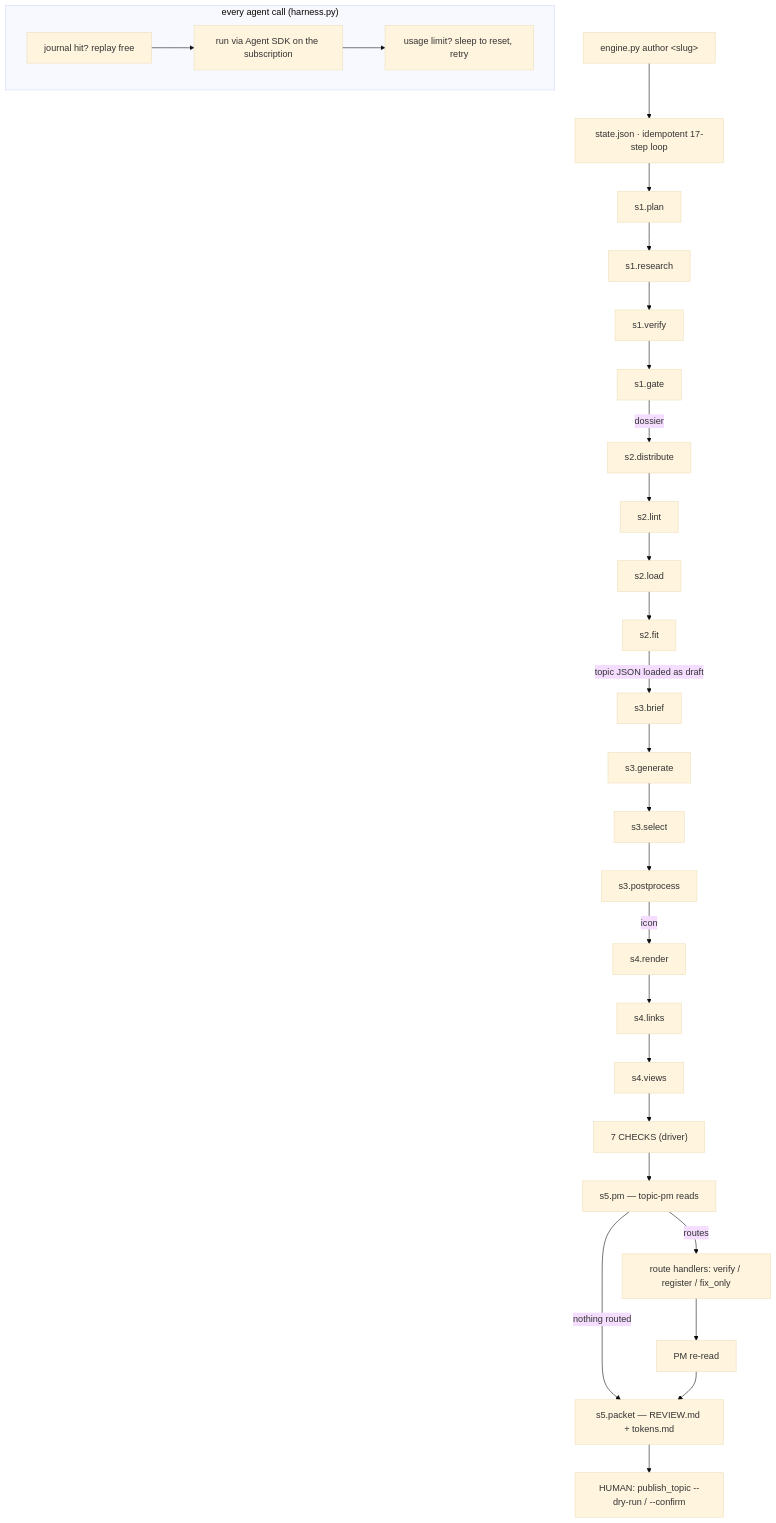
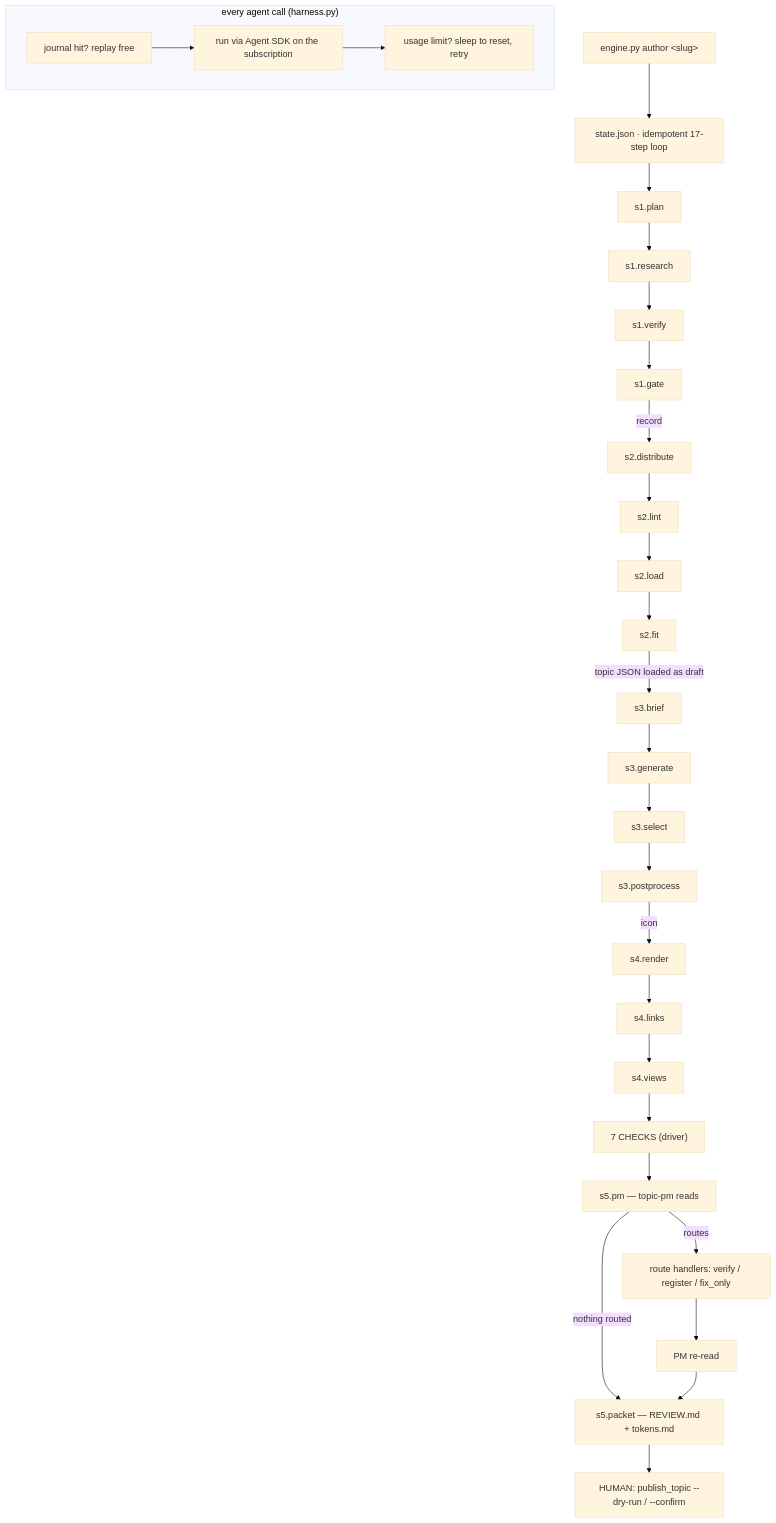
Before and after one commit to Ideya-AI/Ideya: the diagram in research/engine/FLOW.md, drawn with Mermaid (base theme). The commit also changed other lines of this file and 201 other files, not shown here.

````diff
--- a/research/engine/FLOW.md
+++ b/research/engine/FLOW.md
@@ -9,16 +9,16 @@
 ```mermaid
 flowchart TD
   CMD["engine.py author &lt;slug&gt;"] --> ST["state.json · idempotent 17-step loop"]
   ST --> S1P["s1.plan"] --> S1R["s1.research"] --> S1V["s1.verify"] --> S1G["s1.gate"]
-  S1G -->|dossier| S2D["s2.distribute"] --> S2L["s2.lint"] --> S2LD["s2.load"] --> S2F["s2.fit"]
+  S1G -->|record| S2D["s2.distribute"] --> S2L["s2.lint"] --> S2LD["s2.load"] --> S2F["s2.fit"]
   S2F -->|topic JSON loaded as draft| S3B["s3.brief"] --> S3G["s3.generate"] --> S3S["s3.select"] --> S3P["s3.postprocess"]
   S3P -->|icon| S4R["s4.render"] --> S4L["s4.links"] --> S4V["s4.views"]
   S4V --> S5C["7 CHECKS (driver)"] --> S5PM["s5.pm — topic-pm reads"]
   S5PM -->|routes| RT["route handlers: verify / register / fix_only"] --> S5PM2["PM re-read"]
   S5PM -->|nothing routed| PK
   S5PM2 --> PK["s5.packet — REVIEW.md + tokens.md"]
   PK --> H["HUMAN: publish_topic --dry-run / --confirm"]
   subgraph harness ["every agent call (harness.py)"]
     J["journal hit? replay free"] --> L["run via Agent SDK on the subscription"] --> U["usage limit? sleep to reset, retry"]
   end
 ```
````
